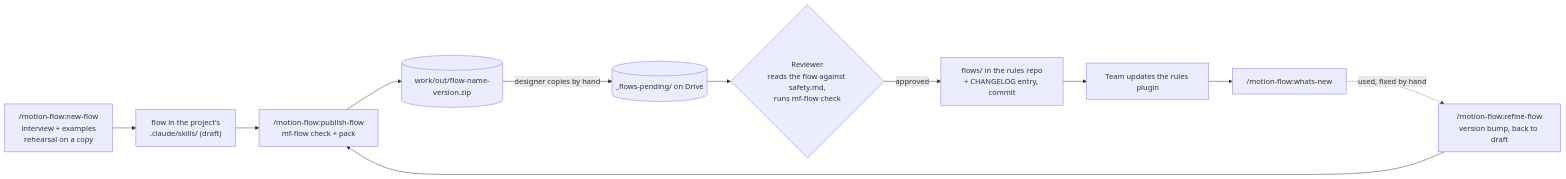
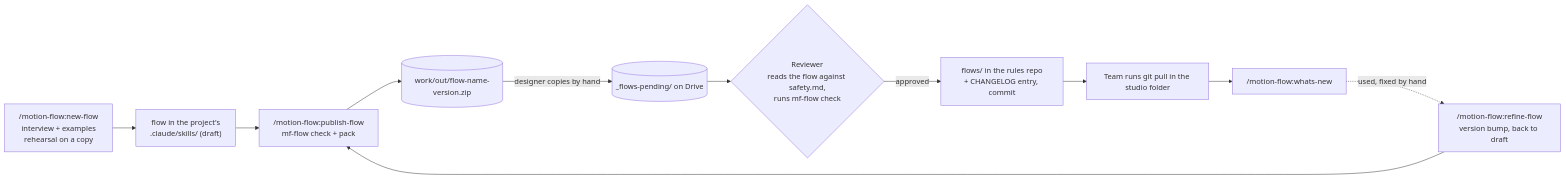
One commit to GopkoDev/motion-flow changed the fourth of 4 diagrams in README.md. Above: the diagram before and after it, drawn with Mermaid. The commit also changed other lines of this file and 34 other files, not shown here.

First line of the commit message:
v0.1.2: studio rules from a folder (#6) and contact sheet for check frames (#5) (#8)

````diff
--- a/README.md
+++ b/README.md
@@ -334,13 +337,13 @@
 ```mermaid
 flowchart LR
     N["/motion-flow:new-flow<br/>interview + examples<br/>rehearsal on a copy"] --> DR["flow in the project's<br/>.claude/skills/ (draft)"]
     DR --> PU["/motion-flow:publish-flow<br/>mf-flow check + pack"]
     PU --> ZIP[("work/out/flow-name-version.zip")]
     ZIP -->|designer copies by hand| PEND[("_flows-pending/ on Drive")]
     PEND --> REV{"Reviewer<br/>reads the flow against safety.md,<br/>runs mf-flow check"}
     REV -->|approved| REPO["flows/ in the rules repo<br/>+ CHANGELOG entry, commit"]
-    REPO --> UPD["Team updates the rules plugin"]
+    REPO --> UPD["Team runs git pull in the studio folder"]
     UPD --> WN["/motion-flow:whats-new"]
     WN -.->|used, fixed by hand| RF["/motion-flow:refine-flow<br/>version bump, back to draft"]
     RF --> PU
 ```
````
